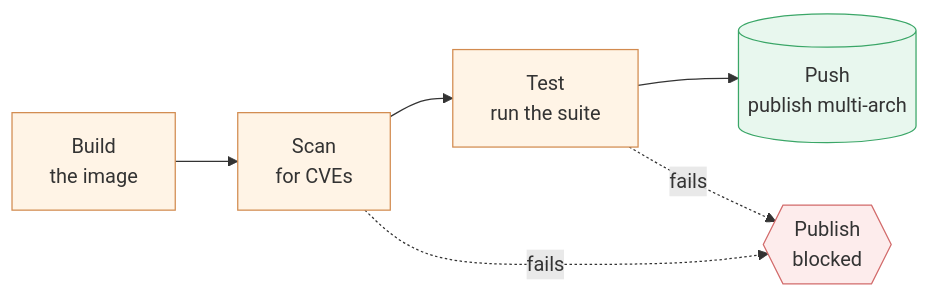
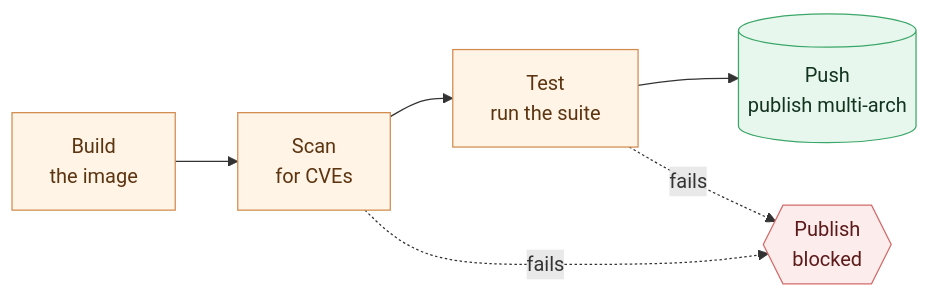
The diagram in chapter_5/l6/README.md (LinkedInLearning/docker-for-local-ai-app-development-build-lightweight-containerized-ai-applications-11189001), drawn with Mermaid before and after one commit. The commit also changed 25 other files, not shown here.

````diff
--- a/chapter_5/l6/README.md
+++ b/chapter_5/l6/README.md
@@ -52,15 +52,15 @@
 ```mermaid
 flowchart LR
   build[Build<br/>the image] --> scan[Scan<br/>for CVEs]
   scan --> test[Test<br/>run the suite]
   test --> push[(Push<br/>publish multi-arch)]
   scan -. fails .-> stop{{Publish<br/>blocked}}
   test -. fails .-> stop
 
-  classDef action fill:#fff4e6,stroke:#d28b4f,stroke-width:1px;
-  classDef store fill:#e8f7ee,stroke:#3aa667,stroke-width:1px;
-  classDef danger fill:#fdecec,stroke:#d26b6b,stroke-width:1px;
+  classDef action fill:#fff4e6,stroke:#d28b4f,stroke-width:1px,color:#5c3410;
+  classDef store fill:#e8f7ee,stroke:#3aa667,stroke-width:1px,color:#12341f;
+  classDef danger fill:#fdecec,stroke:#d26b6b,stroke-width:1px,color:#5c1a1a;
   class build,scan,test action;
   class push store;
   class stop danger;
 ```
````
